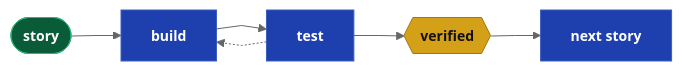
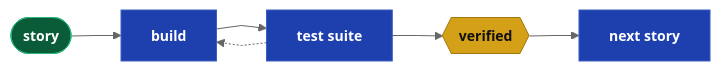
One commit to webcloudstudio/Drydock changed the second of 2 diagrams in docs/papers/Improving_Step_Accuracy_in_SDD.md. Above: the diagram before and after it, drawn with Mermaid. The commit also changed other lines of this file and 2 other files, not shown here.

Commit message:
Tighten accuracy paper: lists over prose, single-prompt case in the p^n argument, spec-contract story sections, test suite naming

````diff
--- a/docs/papers/Improving_Step_Accuracy_in_SDD.md
+++ b/docs/papers/Improving_Step_Accuracy_in_SDD.md
@@ -107,16 +113,16 @@
 ```mermaid
 %%{init: {'theme': 'neutral', 'flowchart': {'curve': 'linear'}, 'themeVariables': {'fontSize': '14px'}}}%%
 flowchart LR
   classDef dir    fill:#0a5c38,stroke:#2cb67d,color:#fff,font-weight:bold
   classDef md     fill:#d4a017,stroke:#a07810,color:#111,font-weight:bold
   classDef script fill:#1e40af,stroke:#3b5fc0,color:#fff,font-weight:bold
   classDef prompt fill:#c2410c,stroke:#ea580c,color:#fff,font-weight:bold
   classDef output fill:#6d28d9,stroke:#8b5cf6,color:#fff,font-weight:bold
   classDef web    fill:#be123c,stroke:#fb7185,color:#fff,font-weight:bold
 
   STORY(["story"]):::dir --> BUILD["build"]:::script
-  BUILD --> TEST["test"]:::script
+  BUILD --> TEST["test suite"]:::script
   TEST --> PASS{{"verified"}}:::md
   TEST -.-> BUILD
   PASS --> NEXT["next story"]:::script
 ```
````
